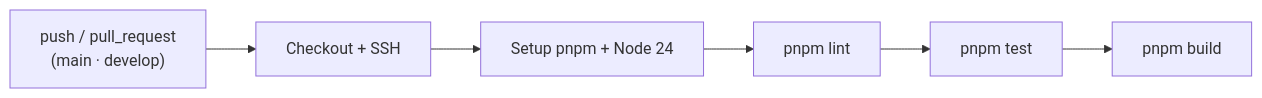
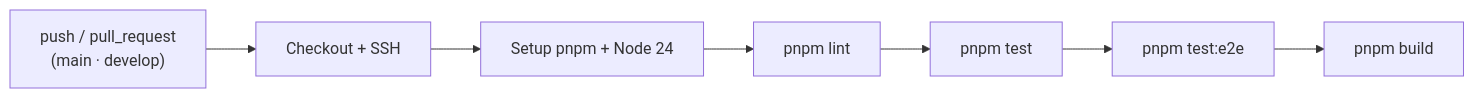
One commit to Maur025/tracking-report-nest changed the diagram in docs/08-testing-y-calidad.md. Above: the diagram before and after it, drawn with Mermaid. The commit also changed other lines of this file and 11 other files, not shown here.

````diff
--- a/docs/08-testing-y-calidad.md
+++ b/docs/08-testing-y-calidad.md
@@ -121,8 +162,9 @@
 ```mermaid
 flowchart LR
     A["push / pull_request<br/>(main · develop)"] --> B["Checkout + SSH"]
     B --> C["Setup pnpm + Node 24"]
     C --> D["pnpm lint"]
     D --> E["pnpm test"]
-    E --> F["pnpm build"]
+    E --> G["pnpm test:e2e"]
+    G --> F["pnpm build"]
 ```
````
